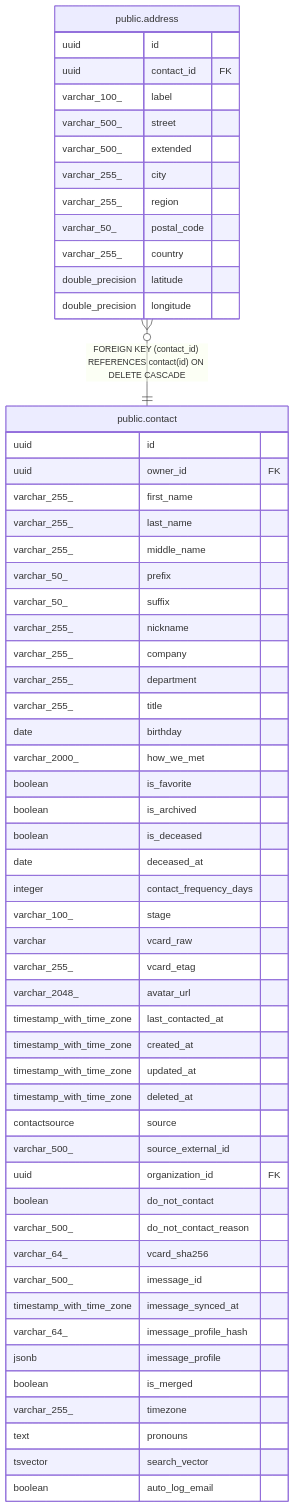
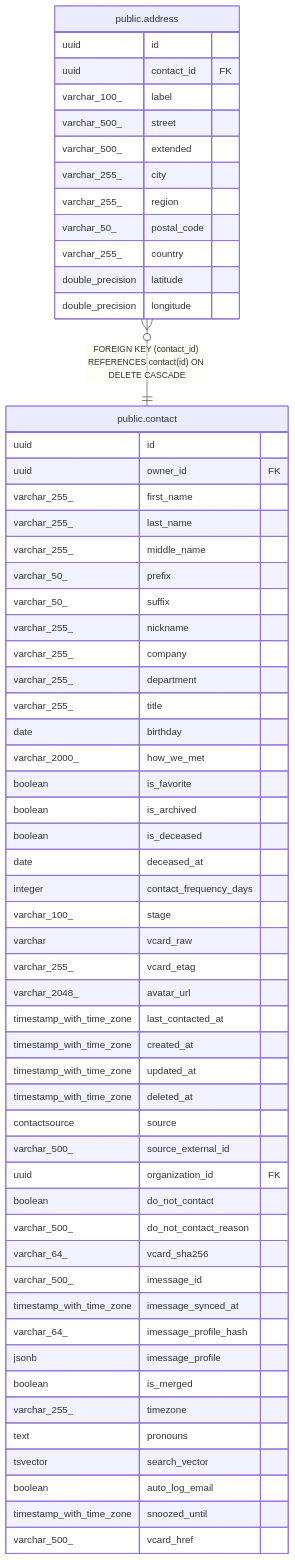
The diagram in docs/db/public.address.md (pike00/Kindred), drawn with Mermaid before and after one commit. The commit also changed 39 other files, not shown here.

Commit message:
docs: refresh database schema reference

````diff
--- a/docs/db/public.address.md
+++ b/docs/db/public.address.md
@@ -42,62 +42,64 @@
 ```mermaid
 erDiagram
 
 "public.address" }o--|| "public.contact" : "FOREIGN KEY (contact_id) REFERENCES contact(id) ON DELETE CASCADE"
 
 "public.address" {
   uuid id
   uuid contact_id FK
   varchar_100_ label
   varchar_500_ street
   varchar_500_ extended
   varchar_255_ city
   varchar_255_ region
   varchar_50_ postal_code
   varchar_255_ country
   double_precision latitude
   double_precision longitude
 }
 "public.contact" {
   uuid id
   uuid owner_id FK
   varchar_255_ first_name
   varchar_255_ last_name
   varchar_255_ middle_name
   varchar_50_ prefix
   varchar_50_ suffix
   varchar_255_ nickname
   varchar_255_ company
   varchar_255_ department
   varchar_255_ title
   date birthday
   varchar_2000_ how_we_met
   boolean is_favorite
   boolean is_archived
   boolean is_deceased
   date deceased_at
   integer contact_frequency_days
   varchar_100_ stage
   varchar vcard_raw
   varchar_255_ vcard_etag
   varchar_2048_ avatar_url
   timestamp_with_time_zone last_contacted_at
   timestamp_with_time_zone created_at
   timestamp_with_time_zone updated_at
   timestamp_with_time_zone deleted_at
   contactsource source
   varchar_500_ source_external_id
   uuid organization_id FK
   boolean do_not_contact
   varchar_500_ do_not_contact_reason
   varchar_64_ vcard_sha256
   varchar_500_ imessage_id
   timestamp_with_time_zone imessage_synced_at
   varchar_64_ imessage_profile_hash
   jsonb imessage_profile
   boolean is_merged
   varchar_255_ timezone
   text pronouns
   tsvector search_vector
   boolean auto_log_email
+  timestamp_with_time_zone snoozed_until
+  varchar_500_ vcard_href
 }
 ```
````
